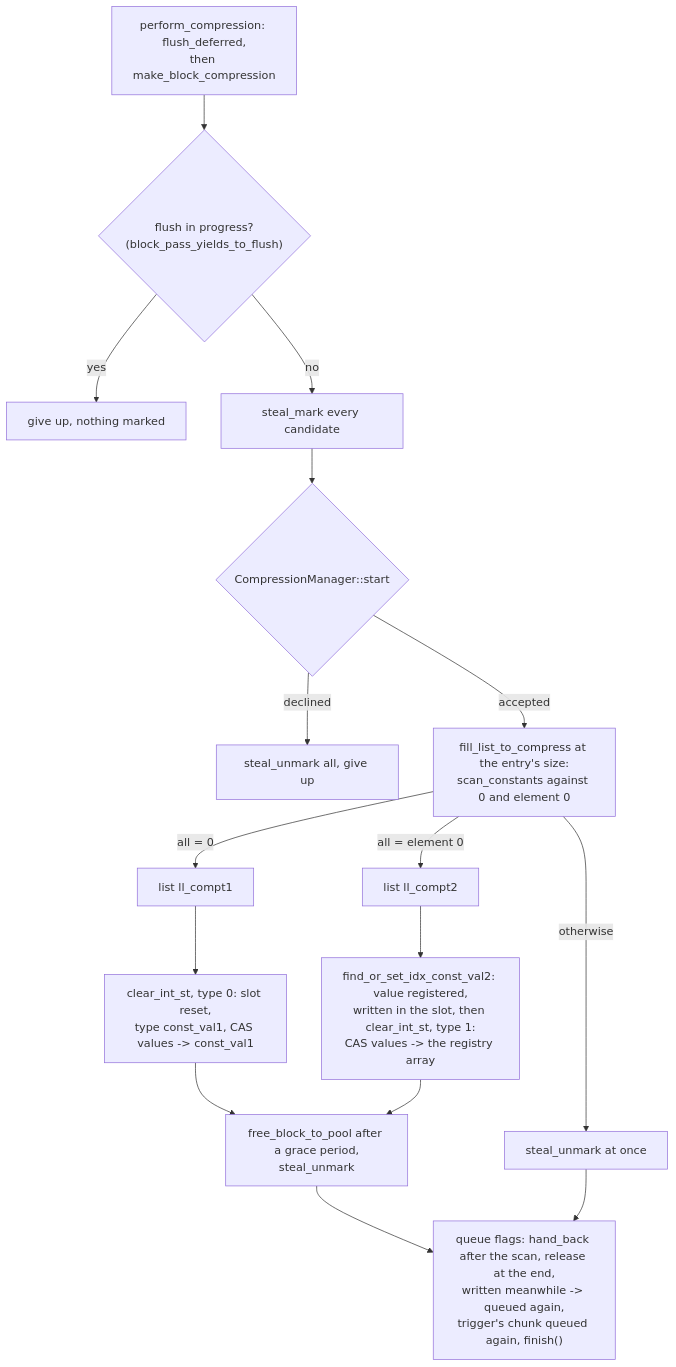
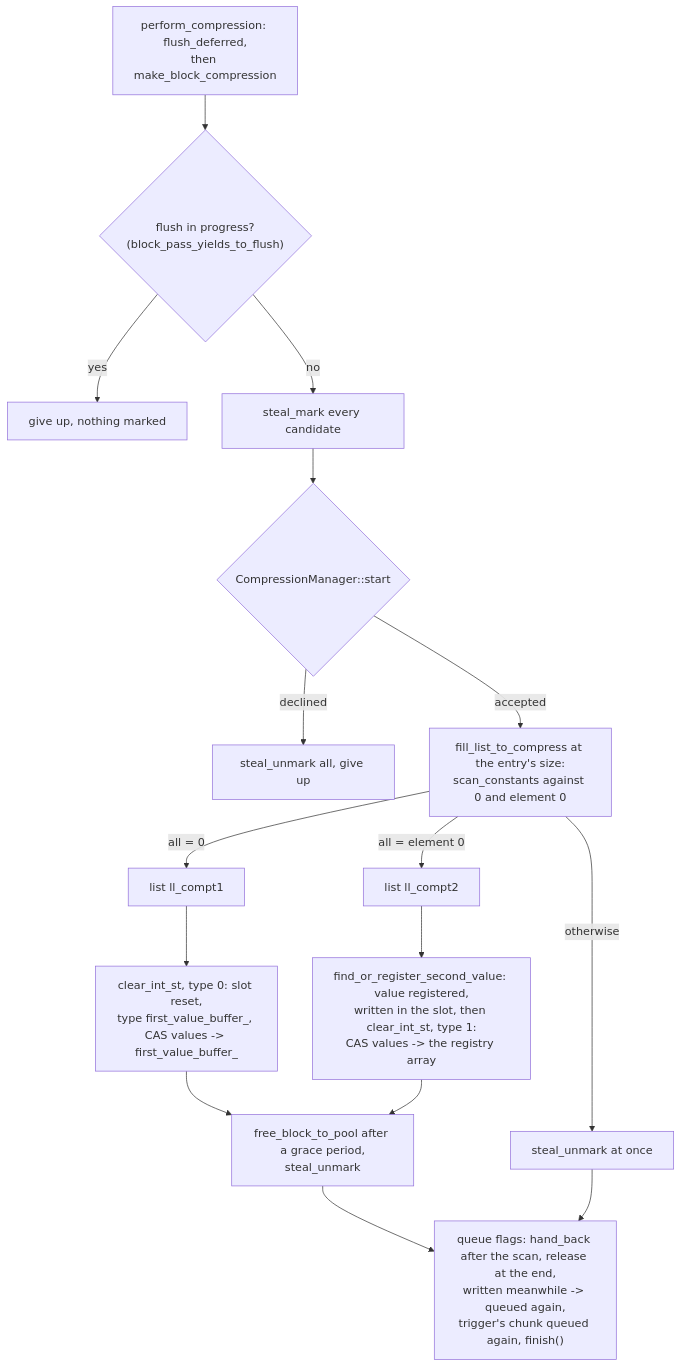
The first of 2 diagrams in docs/algo_zero_any.md (cea-hpc/shrink-array), drawn with Mermaid before and after one commit. The commit also changed other lines of this file and 79 other files, not shown here.

````diff
--- a/docs/algo_zero_any.md
+++ b/docs/algo_zero_any.md
@@ -133,18 +133,18 @@
 ```mermaid
 flowchart TD
     A["perform_compression: flush_deferred,<br/>then make_block_compression"] --> B{"flush in progress?<br/>(block_pass_yields_to_flush)"}
     B -->|yes| B1["give up, nothing marked"]
     B -->|no| C["steal_mark every candidate"]
     C --> D{"CompressionManager::start"}
     D -->|declined| D1["steal_unmark all, give up"]
     D -->|accepted| E["fill_list_to_compress at the entry's size:<br/>scan_constants against 0 and element 0"]
     E -->|"all = 0"| F["list ll_compt1"]
     E -->|"all = element 0"| G["list ll_compt2"]
     E -->|"otherwise"| N["steal_unmark at once"]
-    F --> F1["clear_int_st, type 0: slot reset,<br/>type const_val1, CAS values -> const_val1"]
-    G --> G1["find_or_set_idx_const_val2: value registered,<br/>written in the slot, then clear_int_st, type 1:<br/>CAS values -> the registry array"]
+    F --> F1["clear_int_st, type 0: slot reset,<br/>type first_value_buffer_, CAS values -> first_value_buffer_"]
+    G --> G1["find_or_register_second_value: value registered,<br/>written in the slot, then clear_int_st, type 1:<br/>CAS values -> the registry array"]
     F1 --> R["free_block_to_pool after a grace period,<br/>steal_unmark"]
     G1 --> R
     R --> K["queue flags: hand_back after the scan, release at the end,<br/>written meanwhile -> queued again,<br/>trigger's chunk queued again, finish()"]
     N --> K
 ```
````
